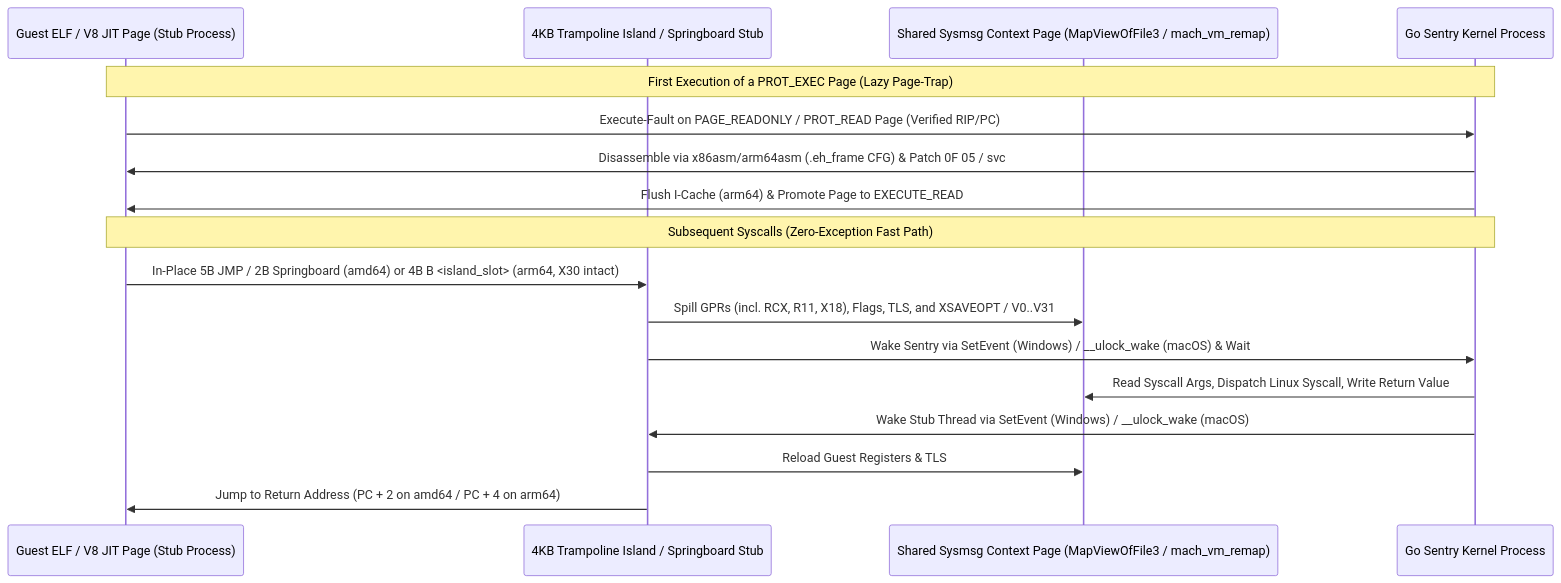
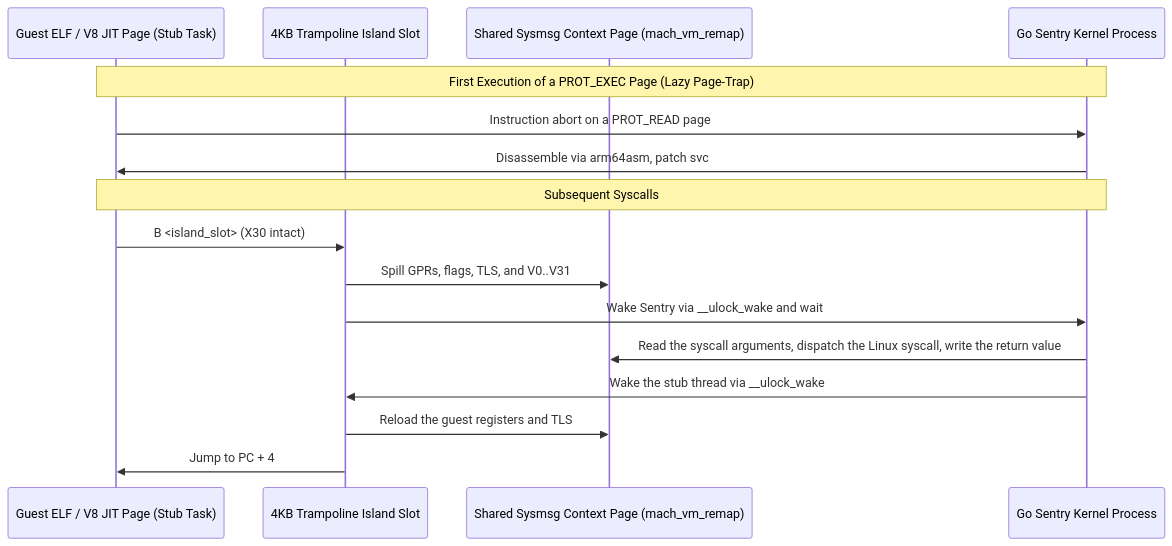
Before and after one commit to antegral/containerd-shim-gvx: the fourth of 8 diagrams in docs/architecture.md, drawn with Mermaid. The commit also changed other lines of this file and 37 other files, not shown here.

First line of the commit message:
Add the Windows systrap engine for amd64 and arm64

````diff
--- a/docs/architecture.md
+++ b/docs/architecture.md
@@ -327,21 +333,20 @@
 ```mermaid
 sequenceDiagram
-    participant Guest as Guest ELF / V8 JIT Page (Stub Process)
-    participant Island as 4KB Trampoline Island / Springboard Stub
-    participant Sysmsg as Shared Sysmsg Context Page (MapViewOfFile3 / mach_vm_remap)
+    participant Guest as Guest ELF / V8 JIT Page (Stub Task)
+    participant Island as 4KB Trampoline Island Slot
+    participant Sysmsg as Shared Sysmsg Context Page (mach_vm_remap)
     participant Sentry as Go Sentry Kernel Process
 
     Note over Guest,Sentry: First Execution of a PROT_EXEC Page (Lazy Page-Trap)
-    Guest->>Sentry: Execute-Fault on PAGE_READONLY / PROT_READ Page (Verified RIP/PC)
-    Sentry->>Guest: Disassemble via x86asm/arm64asm (.eh_frame CFG) & Patch 0F 05 / svc #0 in-place
-    Sentry->>Guest: Flush I-Cache (arm64) & Promote Page to EXECUTE_READ
+    Guest->>Sentry: Instruction abort on a PROT_READ page
+    Sentry->>Guest: Disassemble via arm64asm, patch svc #0 in place, flush the I-cache, and map the page as PROT_READ | PROT_EXEC
 
-    Note over Guest,Sentry: Subsequent Syscalls (Zero-Exception Fast Path)
-    Guest->>Island: In-Place 5B JMP / 2B Springboard (amd64) or 4B B <island_slot> (arm64, X30 intact)
-    Island->>Sysmsg: Spill GPRs (incl. RCX, R11, X18), Flags, TLS, and XSAVEOPT / V0..V31
-    Island->>Sentry: Wake Sentry via SetEvent (Windows) / __ulock_wake (macOS) & Wait
-    Sentry->>Sysmsg: Read Syscall Args, Dispatch Linux Syscall, Write Return Value
-    Sentry->>Island: Wake Stub Thread via SetEvent (Windows) / __ulock_wake (macOS)
-    Island->>Sysmsg: Reload Guest Registers & TLS
-    Island->>Guest: Jump to Return Address (PC + 2 on amd64 / PC + 4 on arm64)
+    Note over Guest,Sentry: Subsequent Syscalls
+    Guest->>Island: B <island_slot> (X30 intact)
+    Island->>Sysmsg: Spill GPRs, flags, TLS, and V0..V31
+    Island->>Sentry: Wake Sentry via __ulock_wake and wait
+    Sentry->>Sysmsg: Read the syscall arguments, dispatch the Linux syscall, write the return value
+    Sentry->>Island: Wake the stub thread via __ulock_wake
+    Island->>Sysmsg: Reload the guest registers and TLS
+    Island->>Guest: Jump to PC + 4
 ```
````
